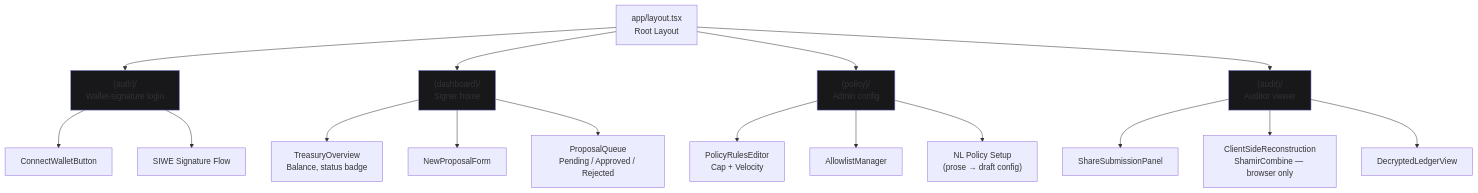
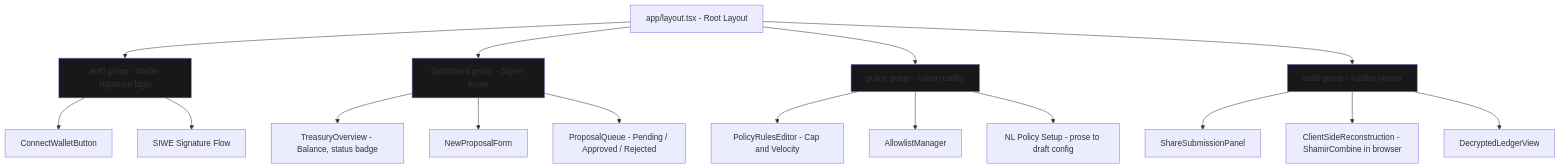
One commit to Soujanya-Mctrl/Sentinel changed the second of 6 diagrams in README.md. Above: the diagram before and after it, drawn with Mermaid. The commit also changed other lines of this file, not shown here.

Commit message:
docs: update README mermaid diagrams to use flowchart syntax and refine textual descriptions

````diff
--- a/README.md
+++ b/README.md
@@ -43,27 +43,27 @@
 ```mermaid
-graph TD
-    Root["app/layout.tsx<br/>Root Layout"] --> Auth["(auth)/<br/>Wallet-signature login"]
-    Root --> Dashboard["(dashboard)/<br/>Signer home"]
-    Root --> Policy["(policy)/<br/>Admin config"]
-    Root --> Audit["(audit)/<br/>Auditor viewer"]
+flowchart TD
+    Root["app/layout.tsx - Root Layout"] --> Auth["auth group - Wallet-signature login"]
+    Root --> Dashboard["dashboard group - Signer home"]
+    Root --> Policy["policy group - Admin config"]
+    Root --> Audit["audit group - Auditor viewer"]
 
     Auth --> ConnectWallet["ConnectWalletButton"]
     Auth --> SIWE["SIWE Signature Flow"]
 
-    Dashboard --> Overview["TreasuryOverview<br/>Balance, status badge"]
+    Dashboard --> Overview["TreasuryOverview - Balance, status badge"]
     Dashboard --> ProposalForm["NewProposalForm"]
-    Dashboard --> ProposalQueue["ProposalQueue<br/>Pending / Approved / Rejected"]
+    Dashboard --> ProposalQueue["ProposalQueue - Pending / Approved / Rejected"]
 
-    Policy --> PolicyRules["PolicyRulesEditor<br/>Cap + Velocity"]
+    Policy --> PolicyRules["PolicyRulesEditor - Cap and Velocity"]
     Policy --> AllowlistMgr["AllowlistManager"]
-    Policy --> NLSetup["NL Policy Setup<br/>(prose → draft config)"]
+    Policy --> NLSetup["NL Policy Setup - prose to draft config"]
 
     Audit --> ShareSubmit["ShareSubmissionPanel"]
-    Audit --> KeyReconstruct["ClientSideReconstruction<br/>ShamirCombine — browser only"]
+    Audit --> KeyReconstruct["ClientSideReconstruction - ShamirCombine in browser"]
     Audit --> AuditLedger["DecryptedLedgerView"]
 
     style Auth fill:#18181B,stroke:#8B8FE8
     style Dashboard fill:#18181B,stroke:#8B8FE8
     style Policy fill:#18181B,stroke:#8B8FE8
     style Audit fill:#18181B,stroke:#8B8FE8
 ```
````
